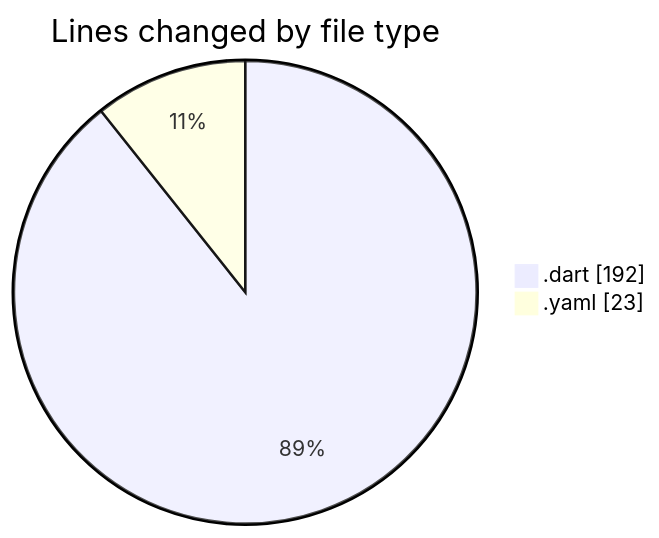
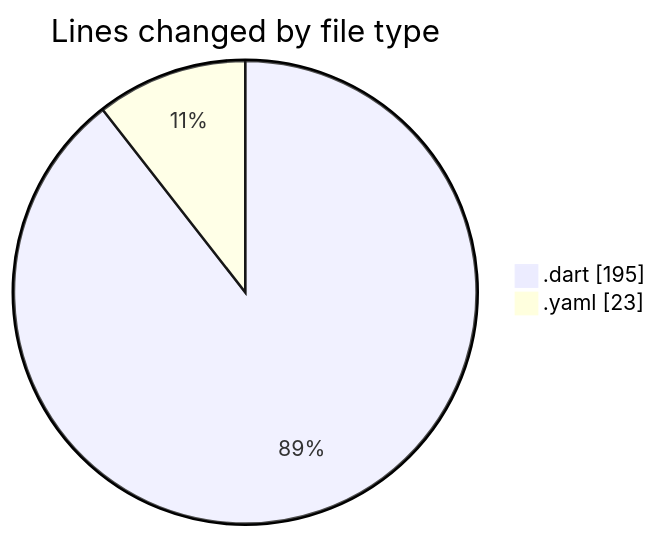
The first of 2 diagrams in 2025-07-30/appproject/README.md (lephambinh05/code-tracking), drawn with Mermaid before and after one commit. The commit also changed other lines of this file and 1 other file, not shown here.

````diff
--- a/2025-07-30/appproject/README.md
+++ b/2025-07-30/appproject/README.md
@@ -24,6 +24,6 @@
 ```mermaid
 pie showData
 title Lines changed by file type
-".dart" : 192
+".dart" : 195
 ".yaml" : 23
 ```
````
